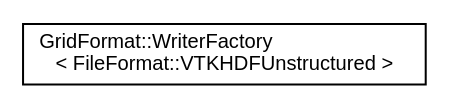
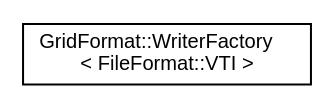
The diagram in inherit_graph_54.dot (dglaeser/gridformat), drawn with Graphviz before and after one commit. The commit also changed 368 other files, not shown here.

```diff
--- a/inherit_graph_54.dot
+++ b/inherit_graph_54.dot
@@ -1,8 +1,8 @@
 digraph "Graphical Class Hierarchy"
 {
  // LATEX_PDF_SIZE
   edge [fontname="Helvetica",fontsize="10",labelfontname="Helvetica",labelfontsize="10"];
   node [fontname="Helvetica",fontsize="10",shape=record];
   rankdir="LR";
-  Node0 [label="GridFormat::WriterFactory\l\< FileFormat::VTKHDFUnstructured \>",height=0.2,width=0.4,color="black", fillcolor="white", style="filled",URL="$structGridFormat_1_1WriterFactory_3_01FileFormat_1_1VTKHDFUnstructured_01_4.html",tooltip="Specialization of the WriterFactory for the vtk-hdf unstructured grid format."];
+  Node0 [label="GridFormat::WriterFactory\l\< FileFormat::VTI \>",height=0.2,width=0.4,color="black", fillcolor="white", style="filled",URL="$structGridFormat_1_1WriterFactory_3_01FileFormat_1_1VTI_01_4.html",tooltip="Specialization of the WriterFactory for the .vti format."];
 }
```
